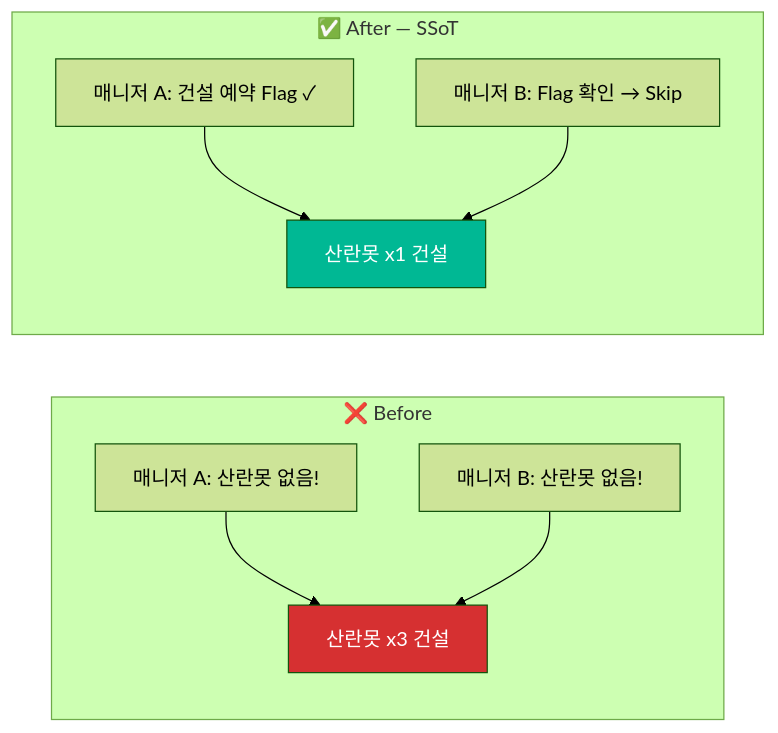
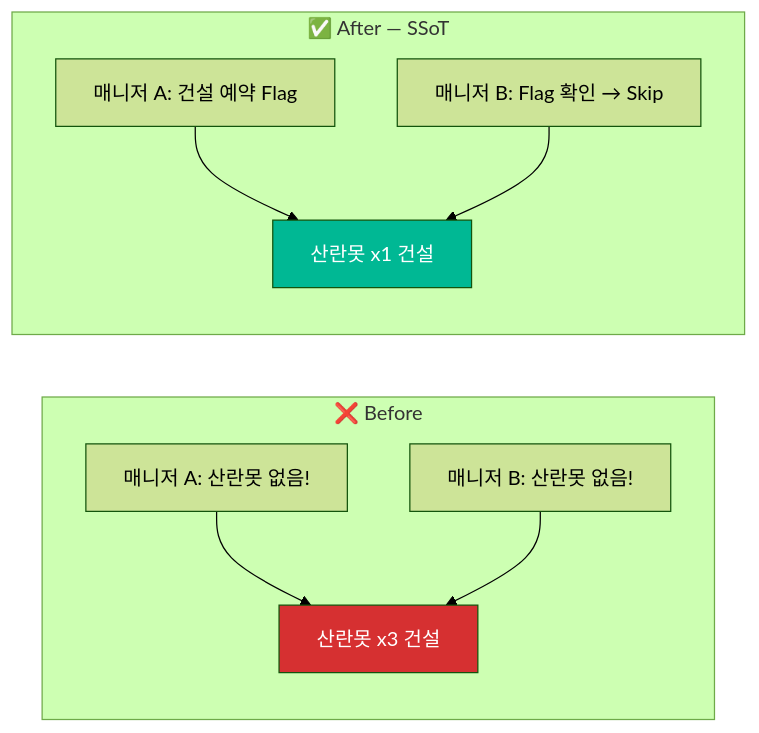
One commit to sun475300-sudo/Swarm-control-in-sc2bot changed diagram 16 of 29 in README.md. Above: the diagram before and after it, drawn with Mermaid (forest theme). The commit also changed other lines of this file and 9 other files, not shown here.

````diff
--- a/README.md
+++ b/README.md
@@ -298,15 +502,15 @@
 ```mermaid
 graph LR
     subgraph "❌ Before"
         C1["매니저 A: 산란못 없음!"] --> C3["산란못 x3 건설"]
         C2["매니저 B: 산란못 없음!"] --> C3
     end
 
     subgraph "✅ After — SSoT"
-        D1["매니저 A: 건설 예약 Flag ✓"] --> D3["산란못 x1 건설"]
+        D1["매니저 A: 건설 예약 Flag"] --> D3["산란못 x1 건설"]
         D2["매니저 B: Flag 확인 → Skip"] --> D3
     end
 
     style C3 fill:#d63031,color:#fff
     style D3 fill:#00b894,color:#fff
 ```
````
